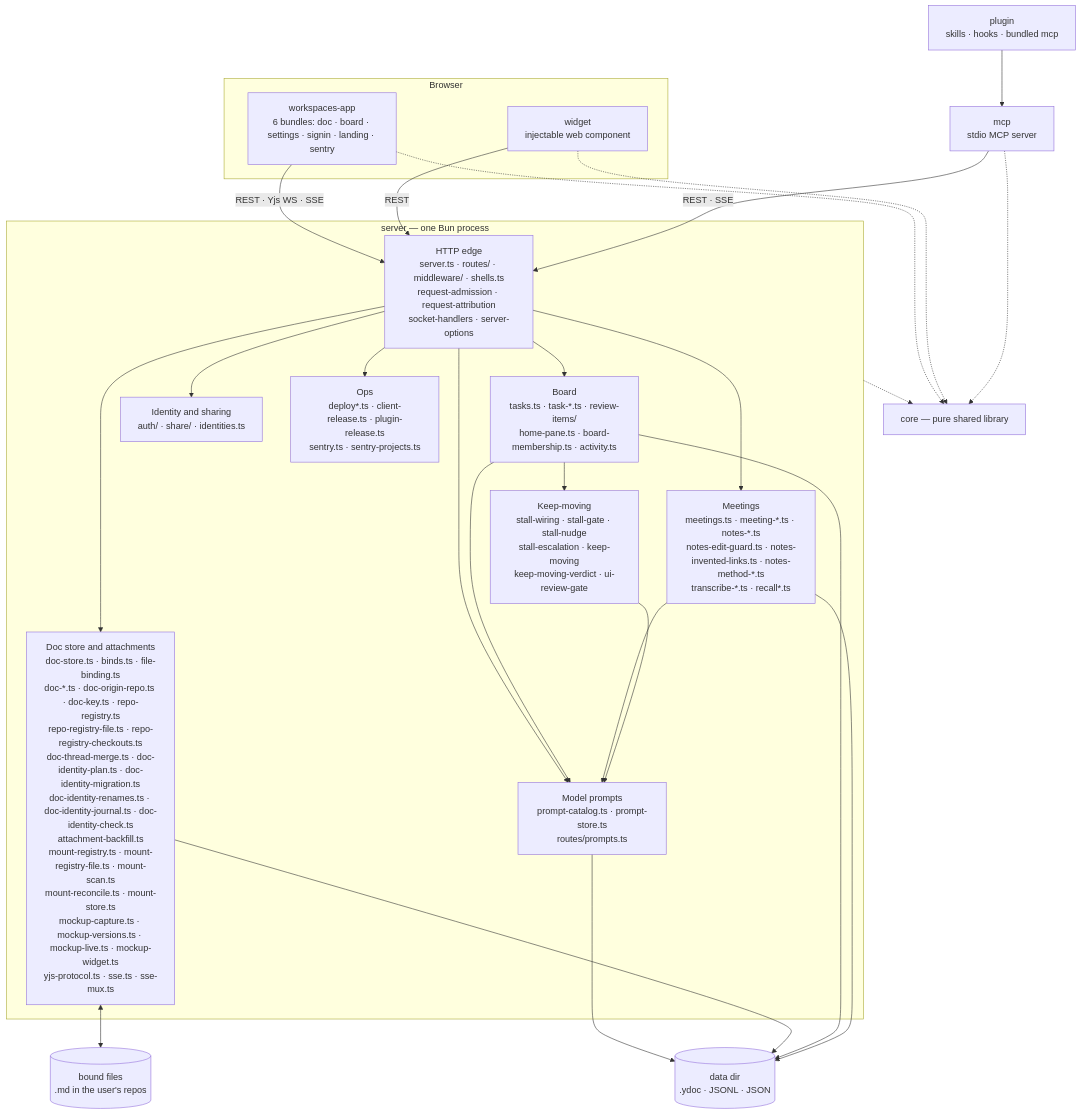
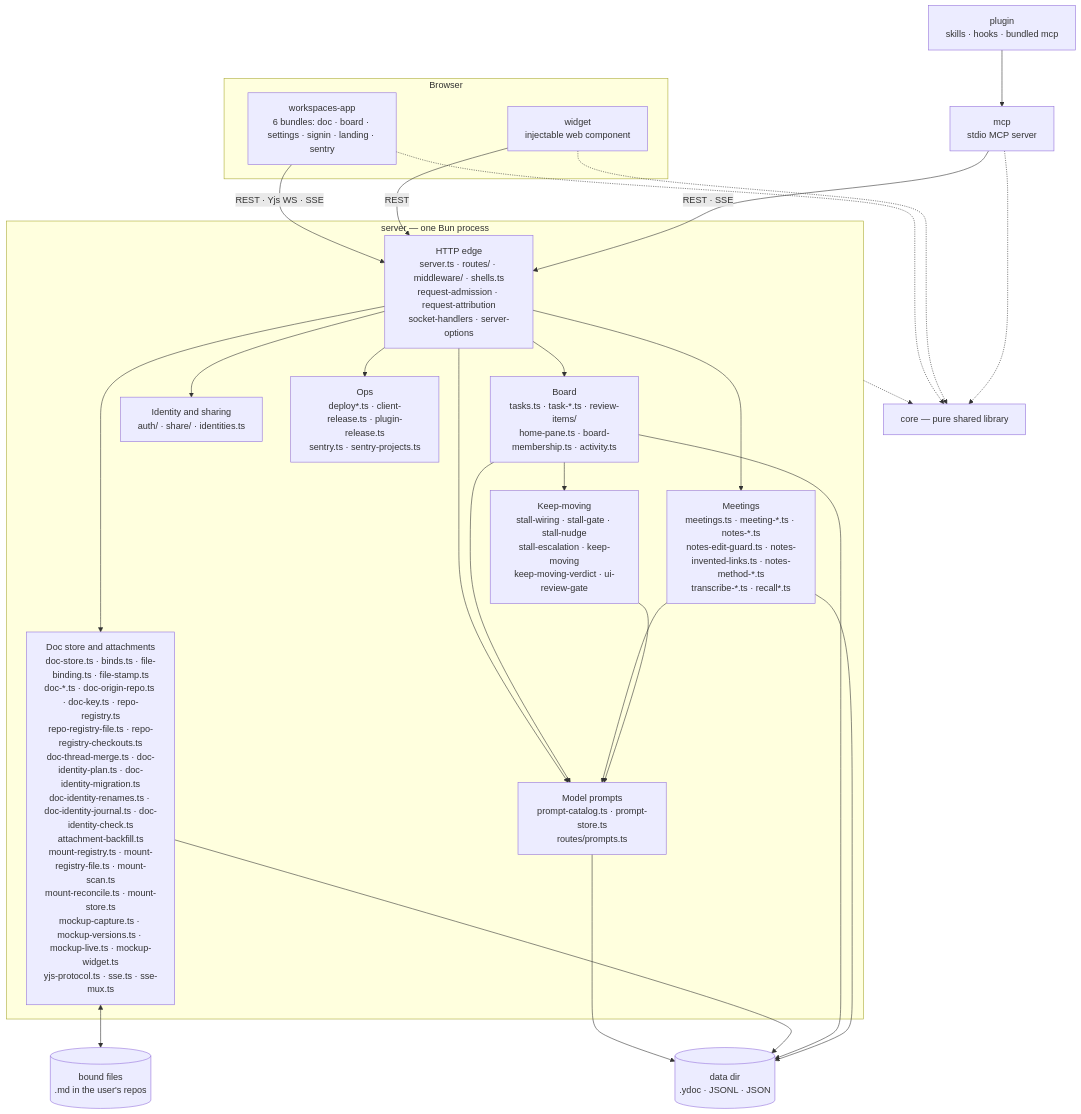
The first of 2 diagrams in docs/architecture/overview.md (fryanpan/claude-workspaces-plugin), drawn with Mermaid before and after one commit. The commit also changed other lines of this file and 6 other files, not shown here.

````diff
--- a/docs/architecture/overview.md
+++ b/docs/architecture/overview.md
@@ -45,35 +45,35 @@
 ```mermaid
 flowchart TB
   subgraph browser[Browser]
     app["workspaces-app<br/>6 bundles: doc · board · settings · signin · landing · sentry"]
     wid["widget<br/>injectable web component"]
   end
   plug["plugin<br/>skills · hooks · bundled mcp"]
   mcp["mcp<br/>stdio MCP server"]
   subgraph srv["server — one Bun process"]
     edge["HTTP edge<br/>server.ts · routes/ · middleware/ · shells.ts<br/>request-admission · request-attribution<br/>socket-handlers · server-options"]
-    docs["Doc store and attachments<br/>doc-store.ts · binds.ts · file-binding.ts<br/>doc-*.ts · doc-origin-repo.ts · doc-key.ts · repo-registry.ts<br/>repo-registry-file.ts · repo-registry-checkouts.ts<br/>doc-thread-merge.ts · doc-identity-plan.ts · doc-identity-migration.ts<br/>doc-identity-renames.ts · doc-identity-journal.ts · doc-identity-check.ts<br/>attachment-backfill.ts<br/>mount-registry.ts · mount-registry-file.ts · mount-scan.ts<br/>mount-reconcile.ts · mount-store.ts<br/>mockup-capture.ts · mockup-versions.ts · mockup-live.ts · mockup-widget.ts<br/>yjs-protocol.ts · sse.ts · sse-mux.ts"]
+    docs["Doc store and attachments<br/>doc-store.ts · binds.ts · file-binding.ts · file-stamp.ts<br/>doc-*.ts · doc-origin-repo.ts · doc-key.ts · repo-registry.ts<br/>repo-registry-file.ts · repo-registry-checkouts.ts<br/>doc-thread-merge.ts · doc-identity-plan.ts · doc-identity-migration.ts<br/>doc-identity-renames.ts · doc-identity-journal.ts · doc-identity-check.ts<br/>attachment-backfill.ts<br/>mount-registry.ts · mount-registry-file.ts · mount-scan.ts<br/>mount-reconcile.ts · mount-store.ts<br/>mockup-capture.ts · mockup-versions.ts · mockup-live.ts · mockup-widget.ts<br/>yjs-protocol.ts · sse.ts · sse-mux.ts"]
     board["Board<br/>tasks.ts · task-*.ts · review-items/<br/>home-pane.ts · board-membership.ts · activity.ts"]
     meet["Meetings<br/>meetings.ts · meeting-*.ts · notes-*.ts<br/>notes-edit-guard.ts · notes-invented-links.ts · notes-method-*.ts<br/>transcribe-*.ts · recall*.ts"]
     keep["Keep-moving<br/>stall-wiring · stall-gate · stall-nudge<br/>stall-escalation · keep-moving<br/>keep-moving-verdict · ui-review-gate"]
     ident["Identity and sharing<br/>auth/ · share/ · identities.ts"]
     prompts["Model prompts<br/>prompt-catalog.ts · prompt-store.ts<br/>routes/prompts.ts"]
     ops["Ops<br/>deploy*.ts · client-release.ts · plugin-release.ts<br/>sentry.ts · sentry-projects.ts"]
   end
   core["core — pure shared library"]
   disk[("data dir<br/>.ydoc · JSONL · JSON")]
   files[("bound files<br/>.md in the user's repos")]
 
   app -->|"REST · Yjs WS · SSE"| edge
   wid -->|REST| edge
   plug --> mcp
   mcp -->|"REST · SSE"| edge
   edge --> docs & board & meet & ident & ops & prompts
   board & meet & keep --> prompts
   prompts --> disk
   board --> keep
   docs <--> files
   docs & board & meet --> disk
   app & wid & mcp -.-> core
   srv -.-> core
 ```
````
